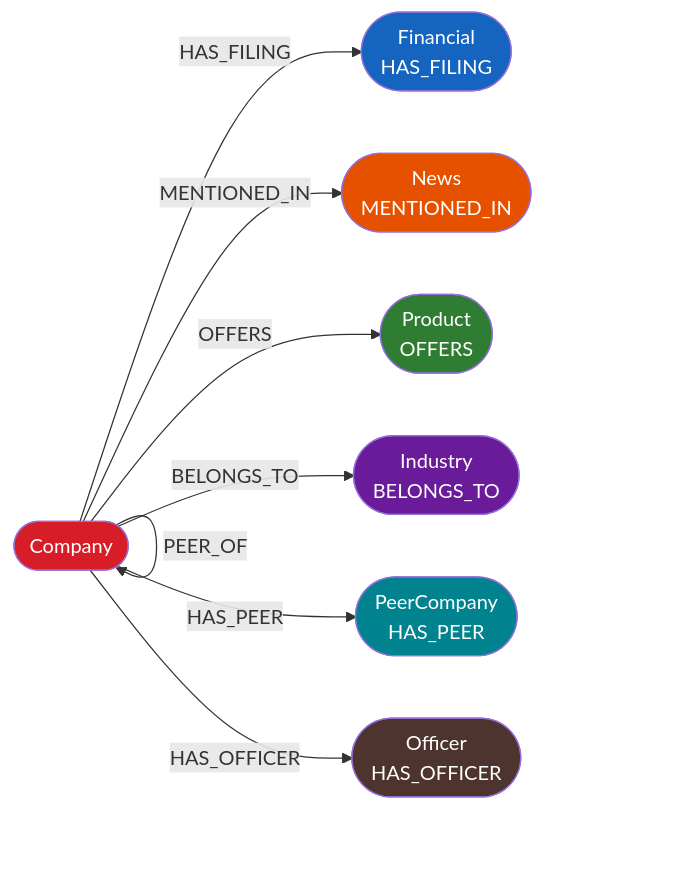
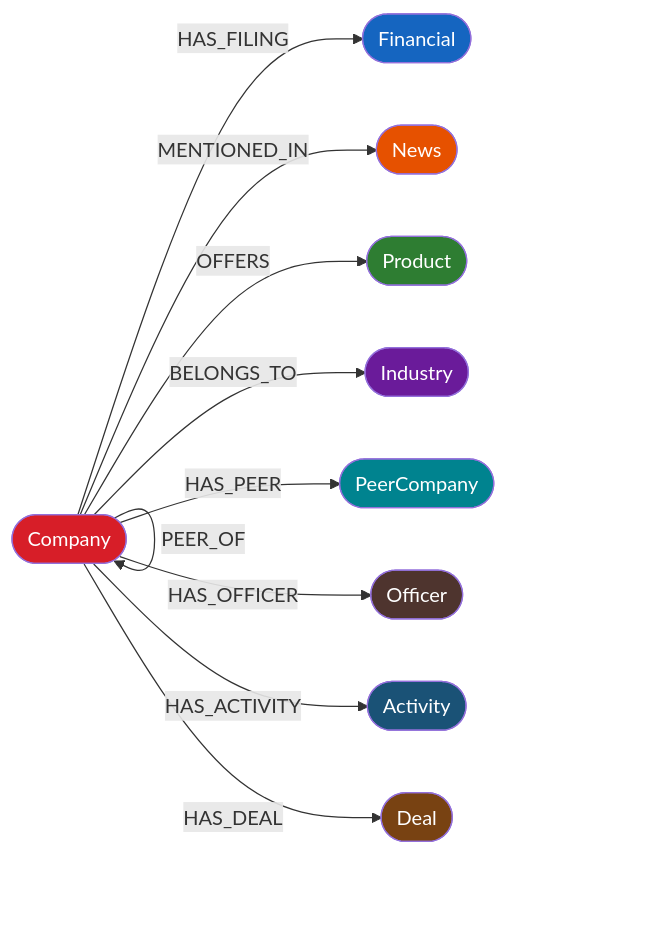
One commit to ottoaara/Claude changed the second of 2 diagrams in docs/architecture.md. Above: the diagram before and after it, drawn with Mermaid. The commit also changed other lines of this file and 41 other files, not shown here.

First line of the commit message:
feat: LLM factory, EDGAR disk cache, peer comparison fix, FinancialMetrics self-fetch

````diff
--- a/docs/architecture.md
+++ b/docs/architecture.md
@@ -106,26 +131,32 @@
 ```mermaid
 graph LR
     C(["Company"])
-    F(["Financial<br/>HAS_FILING"])
-    N(["News<br/>MENTIONED_IN"])
-    P(["Product<br/>OFFERS"])
-    I(["Industry<br/>BELONGS_TO"])
-    PC(["PeerCompany<br/>HAS_PEER"])
-    O(["Officer<br/>HAS_OFFICER"])
+    F(["Financial"])
+    N(["News"])
+    P(["Product"])
+    I(["Industry"])
+    PC(["PeerCompany"])
+    O(["Officer"])
+    AC(["Activity"])
+    D(["Deal"])
 
     C -->|HAS_FILING| F
     C -->|MENTIONED_IN| N
     C -->|OFFERS| P
     C -->|BELONGS_TO| I
     C -->|HAS_PEER| PC
     C -->|HAS_OFFICER| O
     C -->|PEER_OF| C
+    C -->|HAS_ACTIVITY| AC
+    C -->|HAS_DEAL| D
 
     style C fill:#D71E28,color:#fff
     style F fill:#1565c0,color:#fff
     style N fill:#e65100,color:#fff
     style P fill:#2e7d32,color:#fff
     style I fill:#6a1b9a,color:#fff
     style PC fill:#00838f,color:#fff
     style O fill:#4e342e,color:#fff
+    style AC fill:#1a5276,color:#fff
+    style D fill:#784212,color:#fff
 ```
````
